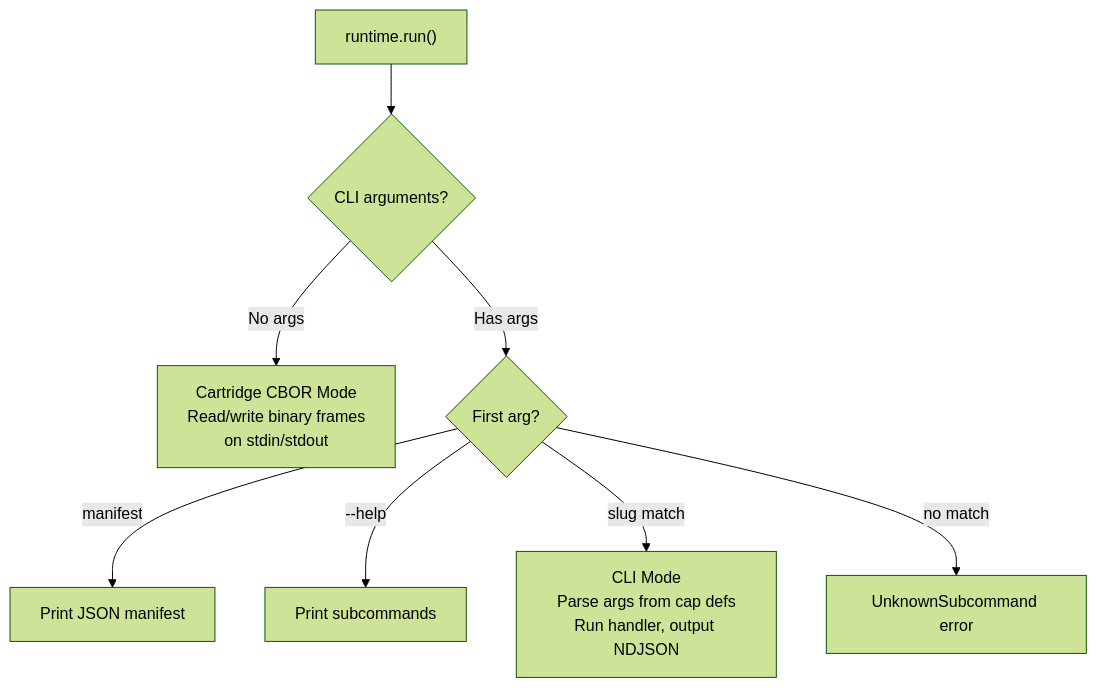
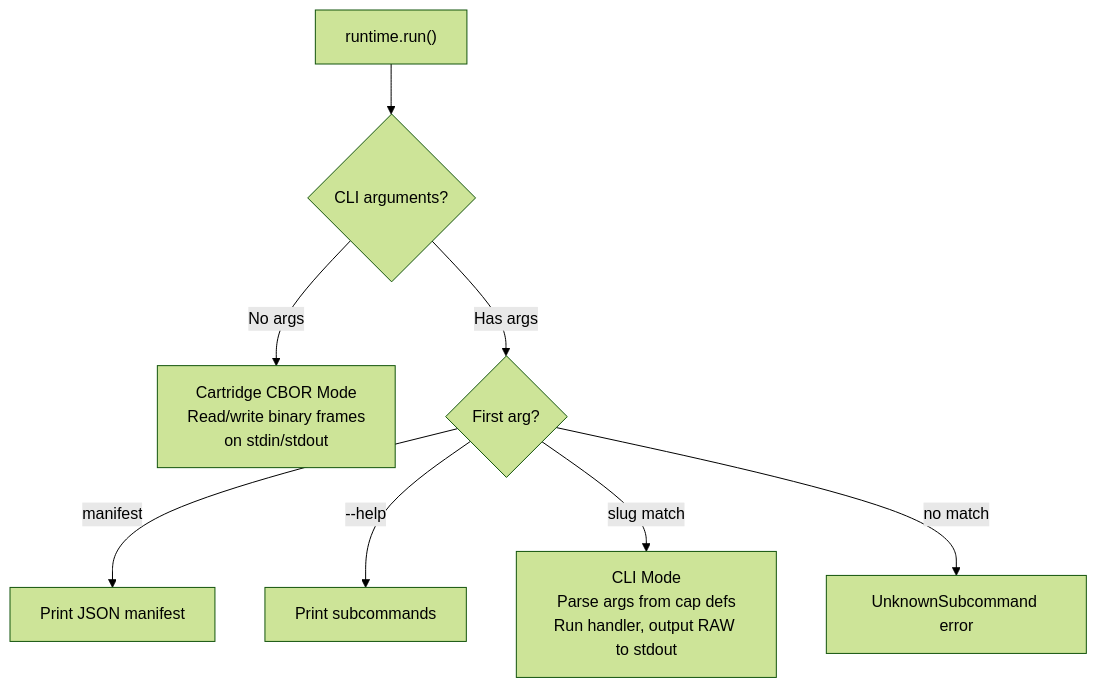
The first of 3 diagrams in docs/13.1-cartridge-runtime.md (machinefabric/capdag), drawn with Mermaid (forest theme) before and after one commit. The commit also changed other lines of this file and 2 other files, not shown here.

Commit message:
Update CLI mode output description in cartridge runtime documentation

````diff
--- a/docs/13.1-cartridge-runtime.md
+++ b/docs/13.1-cartridge-runtime.md
@@ -95,10 +95,10 @@
 ```mermaid
 flowchart TD
     A["runtime.run()"] --> B{CLI arguments?}
     B -->|No args| C["Cartridge CBOR Mode<br/>Read/write binary frames<br/>on stdin/stdout"]
     B -->|Has args| D{First arg?}
     D -->|"manifest"| E["Print JSON manifest"]
     D -->|"--help"| F["Print subcommands"]
-    D -->|slug match| G["CLI Mode<br/>Parse args from cap defs<br/>Run handler, output NDJSON"]
+    D -->|slug match| G["CLI Mode<br/>Parse args from cap defs<br/>Run handler, output RAW to stdout"]
     D -->|no match| H["UnknownSubcommand error"]
 ```
````
